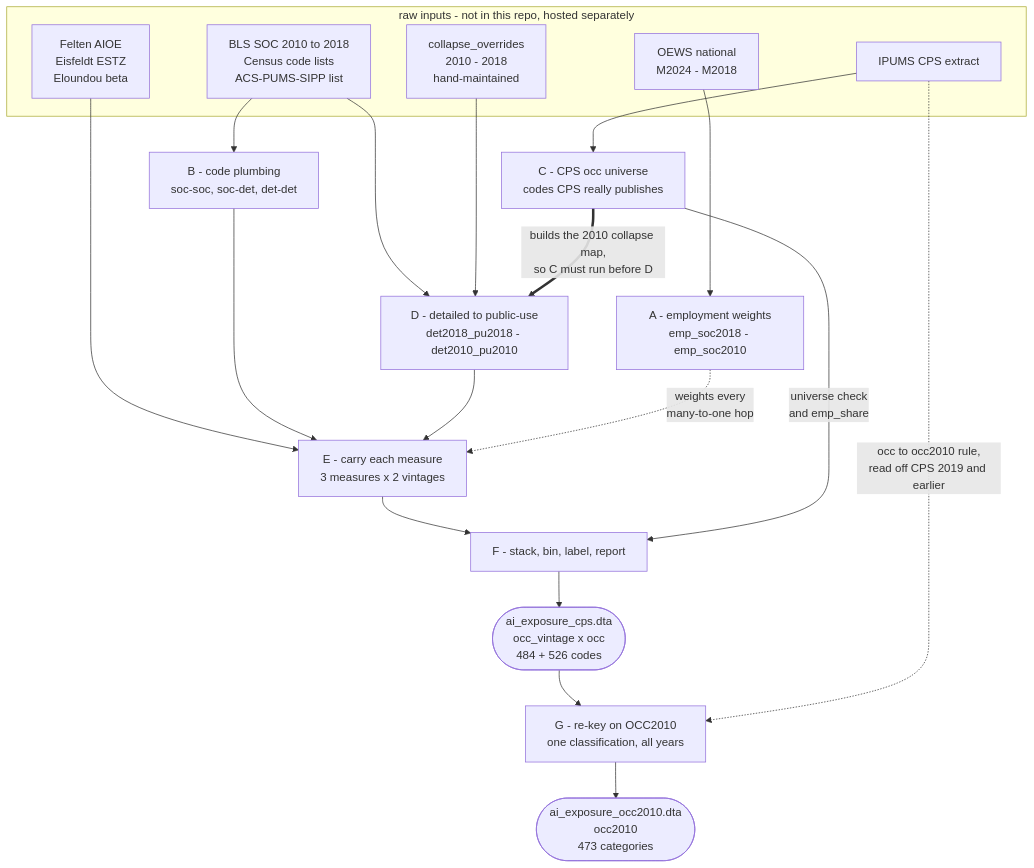
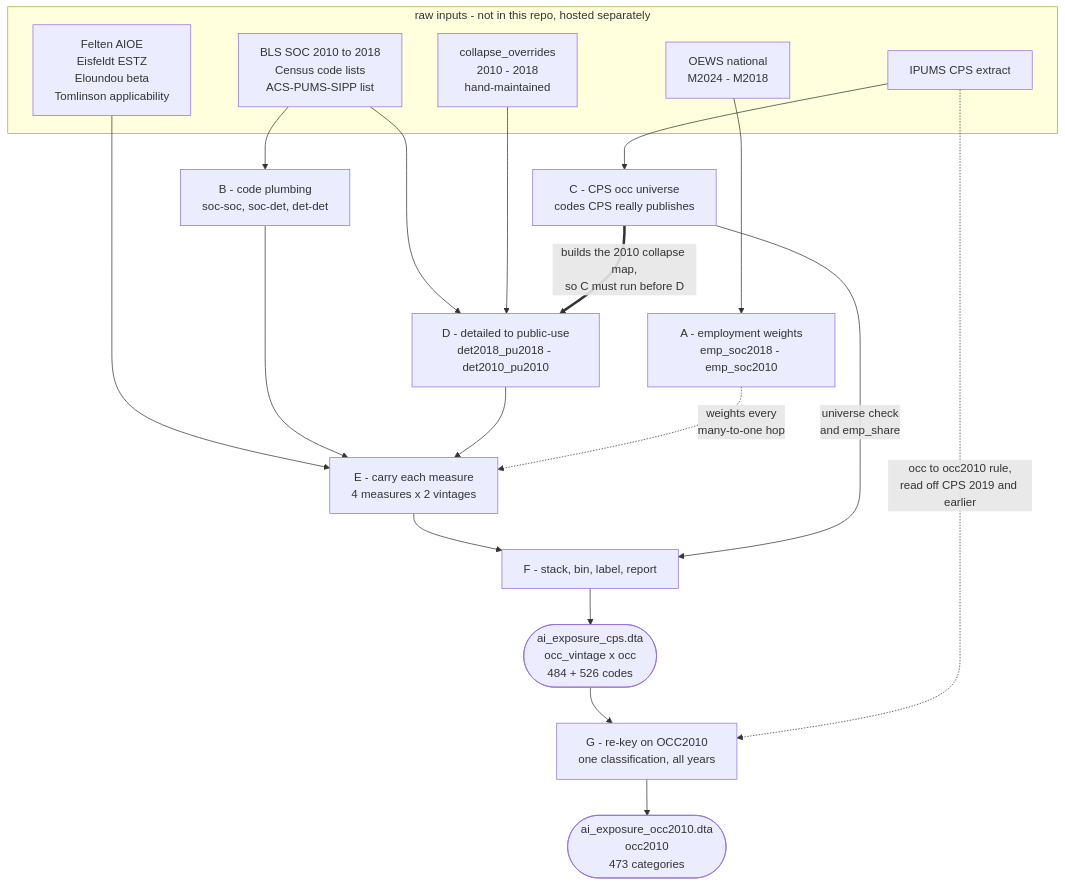
One commit to EIG-Research/ai-cps-exposure changed the diagram in README.md. Above: the diagram before and after it, drawn with Mermaid. The commit also changed other lines of this file and 3 other files, not shown here.

````diff
--- a/README.md
+++ b/README.md
@@ -46,39 +88,39 @@
 ```mermaid
 flowchart TB
   subgraph inputs["raw inputs - not in this repo, hosted separately"]
     OEWS["OEWS national<br/>M2024 - M2018"]
     XW["BLS SOC 2010 to 2018<br/>Census code lists<br/>ACS-PUMS-SIPP list"]
     OVR["collapse_overrides<br/>2010 - 2018<br/>hand-maintained"]
     CPSX["IPUMS CPS extract"]
-    MEAS["Felten AIOE<br/>Eisfeldt ESTZ<br/>Eloundou beta"]
+    MEAS["Felten AIOE<br/>Eisfeldt ESTZ<br/>Eloundou beta<br/>Tomlinson applicability"]
   end
 
   A["A - employment weights<br/>emp_soc2018 - emp_soc2010"]
   B["B - code plumbing<br/>soc-soc, soc-det, det-det"]
   C["C - CPS occ universe<br/>codes CPS really publishes"]
   D["D - detailed to public-use<br/>det2018_pu2018 - det2010_pu2010"]
-  E["E - carry each measure<br/>3 measures x 2 vintages"]
+  E["E - carry each measure<br/>4 measures x 2 vintages"]
   F["F - stack, bin, label, report"]
   G["G - re-key on OCC2010<br/>one classification, all years"]
 
   OUT1(["ai_exposure_cps.dta<br/>occ_vintage x occ<br/>484 + 526 codes"])
   OUT2(["ai_exposure_occ2010.dta<br/>occ2010<br/>473 categories"])
 
   OEWS --> A
   XW --> B
   XW --> D
   OVR --> D
   CPSX --> C
   MEAS --> E
 
   C ==>|"builds the 2010 collapse map,<br/>so C must run before D"| D
   B --> E
   D --> E
   A -.->|"weights every<br/>many-to-one hop"| E
   E --> F
   C -->|"universe check<br/>and emp_share"| F
   F --> OUT1
   OUT1 --> G
   CPSX -.->|"occ to occ2010 rule,<br/>read off CPS 2019 and earlier"| G
   G --> OUT2
 ```
````
